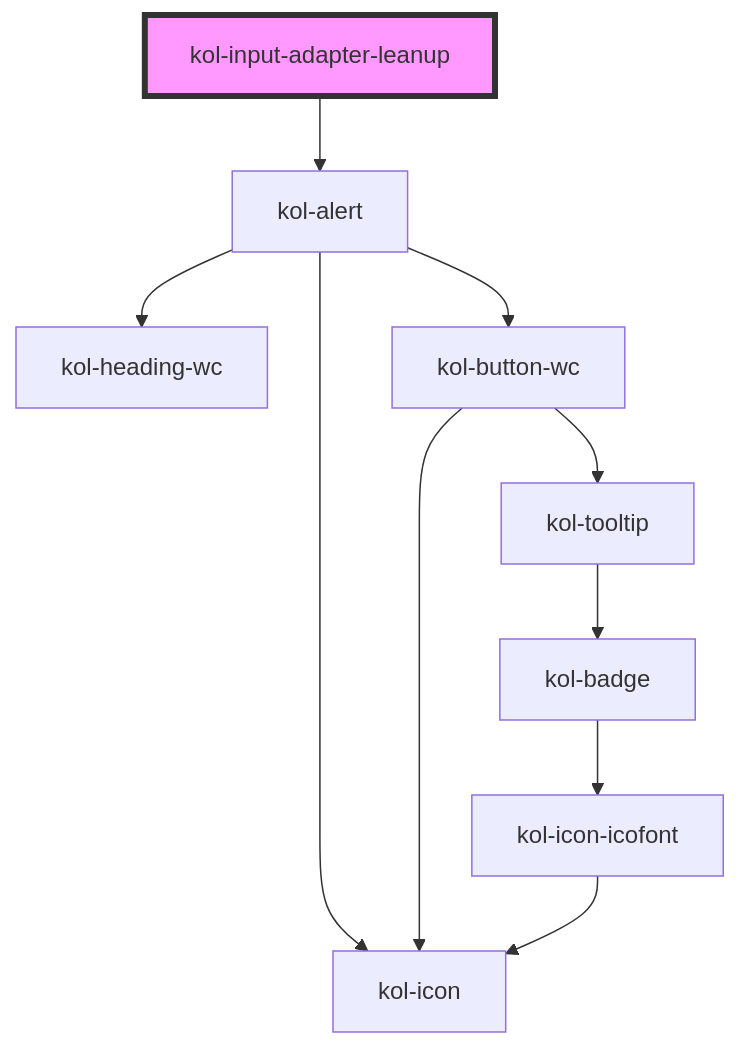
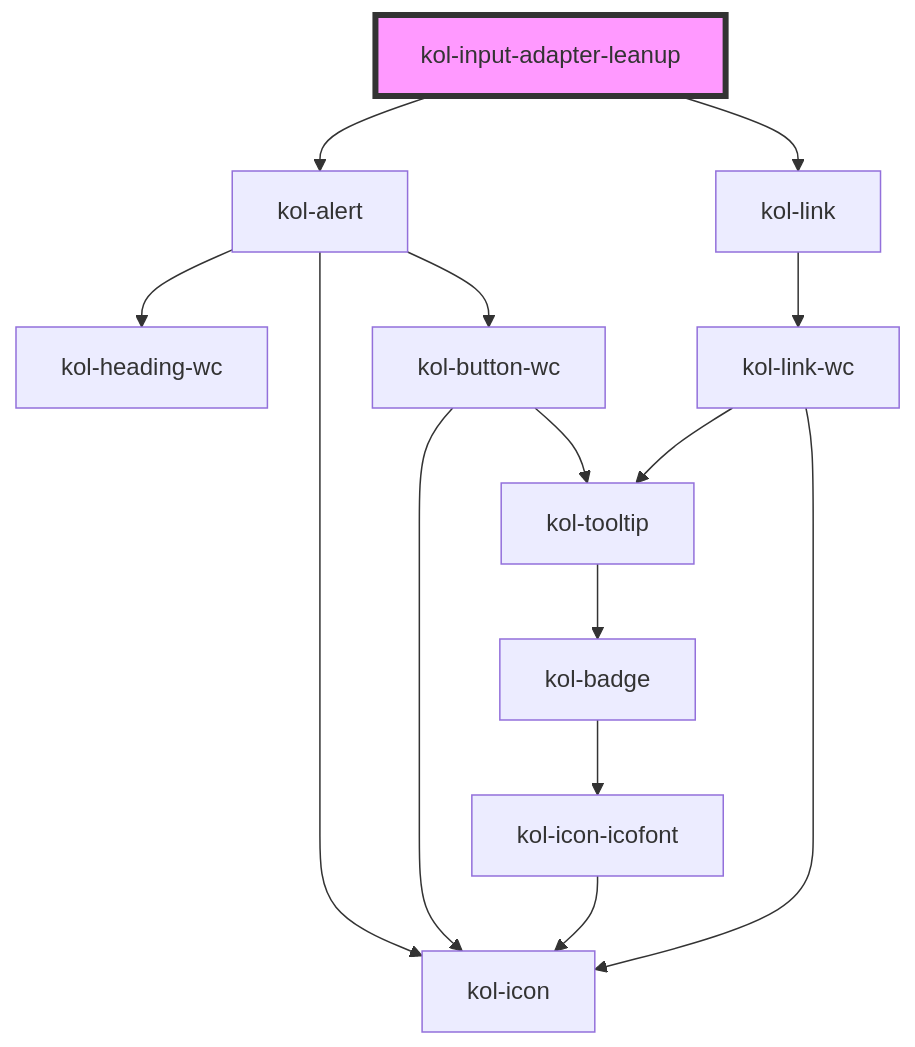
Before and after one commit to public-ui/kolibri: the diagram in packages/library/src/components/input-adapter-leanup/readme.md, drawn with Mermaid. The commit also changed other lines of this file and 415 other files, not shown here.

````diff
--- a/packages/library/src/components/input-adapter-leanup/readme.md
+++ b/packages/library/src/components/input-adapter-leanup/readme.md
@@ -122,13 +123,17 @@
 ```mermaid
 graph TD;
   kol-input-adapter-leanup --> kol-alert
+  kol-input-adapter-leanup --> kol-link
   kol-alert --> kol-heading-wc
   kol-alert --> kol-button-wc
   kol-alert --> kol-icon
   kol-button-wc --> kol-icon
   kol-button-wc --> kol-tooltip
   kol-tooltip --> kol-badge
   kol-badge --> kol-icon-icofont
   kol-icon-icofont --> kol-icon
+  kol-link --> kol-link-wc
+  kol-link-wc --> kol-icon
+  kol-link-wc --> kol-tooltip
   style kol-input-adapter-leanup fill:#f9f,stroke:#333,stroke-width:4px
 ```
````
